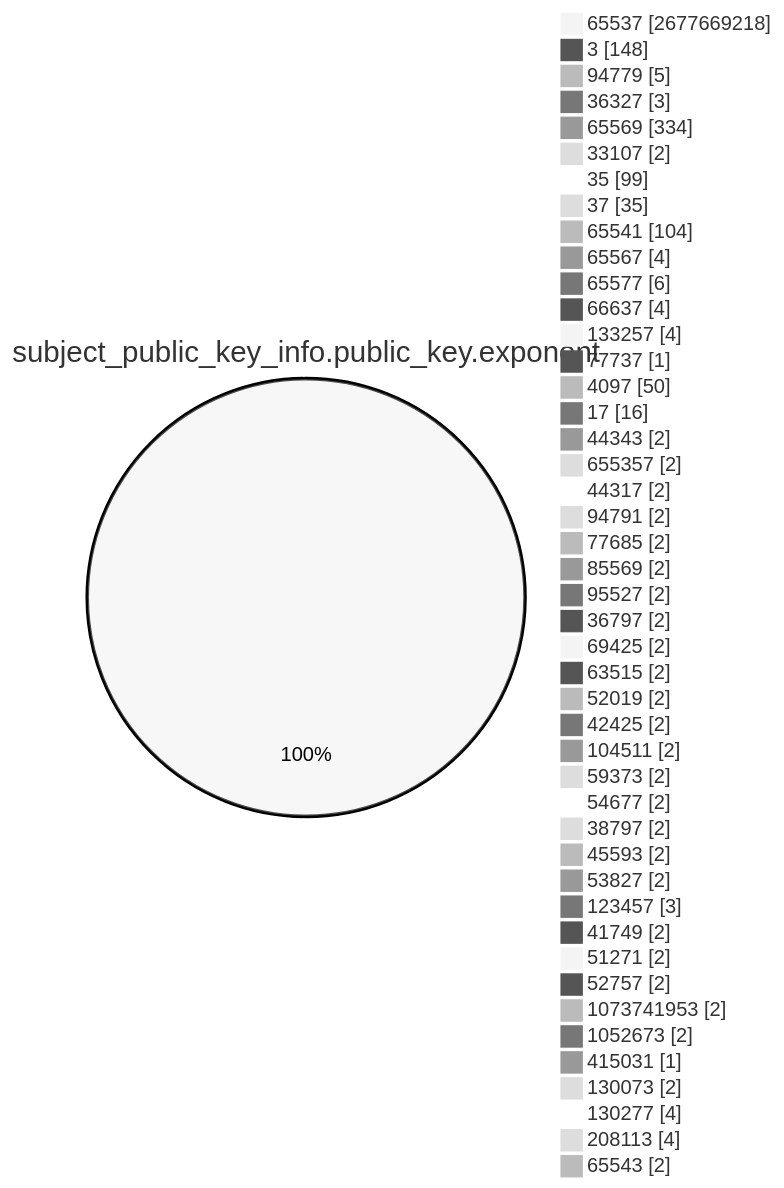
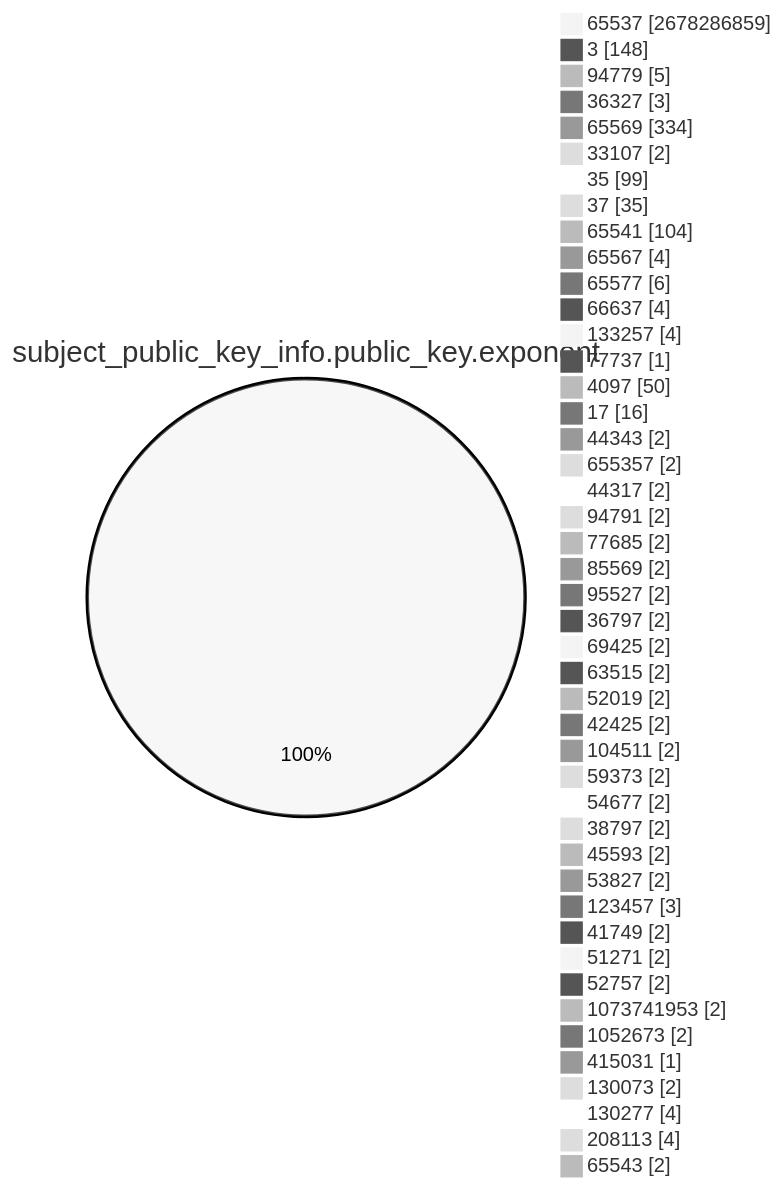
Before and after one commit to christiankrug/ctmonitor_visualization: the fourth of 15 diagrams in TOTAL/README.md, drawn with Mermaid (neutral theme). The commit also changed other lines of this file, not shown here.

````diff
--- a/TOTAL/README.md
+++ b/TOTAL/README.md
@@ -1466,49 +1466,49 @@
 ```mermaid
 pie showData
 title subject_public_key_info.public_key.exponent
-"65537" :2677669218
+"65537" :2678286859
 "3" :148
 "94779" :5
 "36327" :3
 "65569" :334
 "33107" :2
 "35" :99
 "37" :35
 "65541" :104
 "65567" :4
 "65577" :6
 "66637" :4
 "133257" :4
 "77737" :1
 "4097" :50
 "17" :16
 "44343" :2
 "655357" :2
 "44317" :2
 "94791" :2
 "77685" :2
 "85569" :2
 "95527" :2
 "36797" :2
 "69425" :2
 "63515" :2
 "52019" :2
 "42425" :2
 "104511" :2
 "59373" :2
 "54677" :2
 "38797" :2
 "45593" :2
 "53827" :2
 "123457" :3
 "41749" :2
 "51271" :2
 "52757" :2
 "1073741953" :2
 "1052673" :2
 "415031" :1
 "130073" :2
 "130277" :4
 "208113" :4
 "65543" :2
 ```
````
